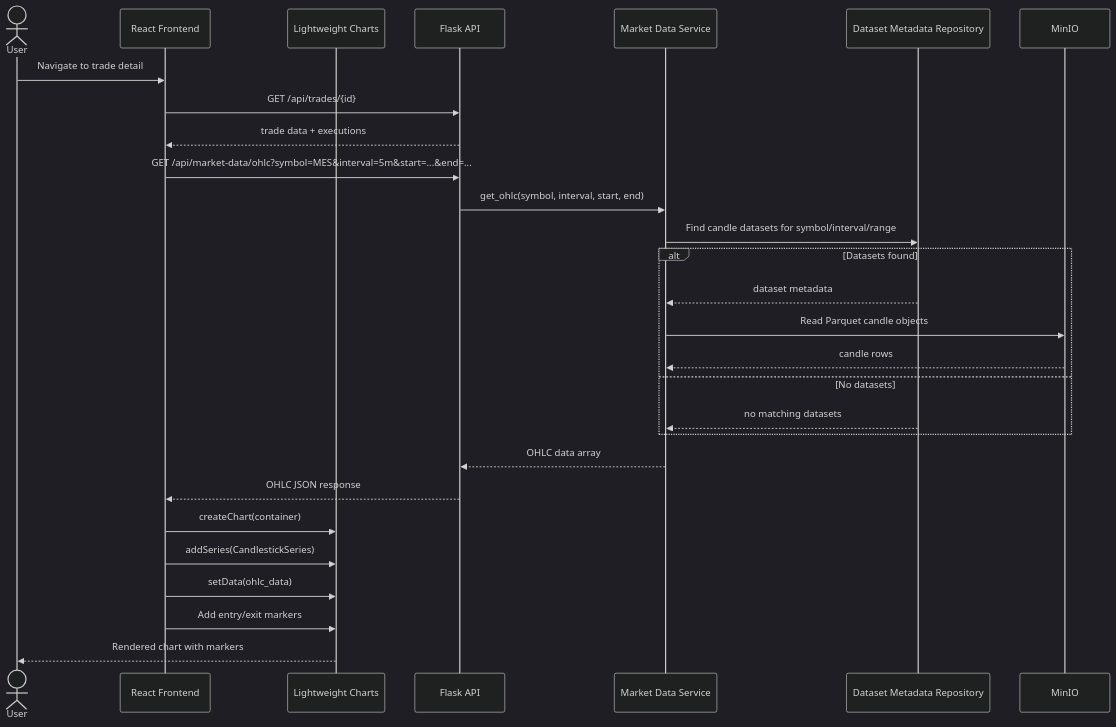
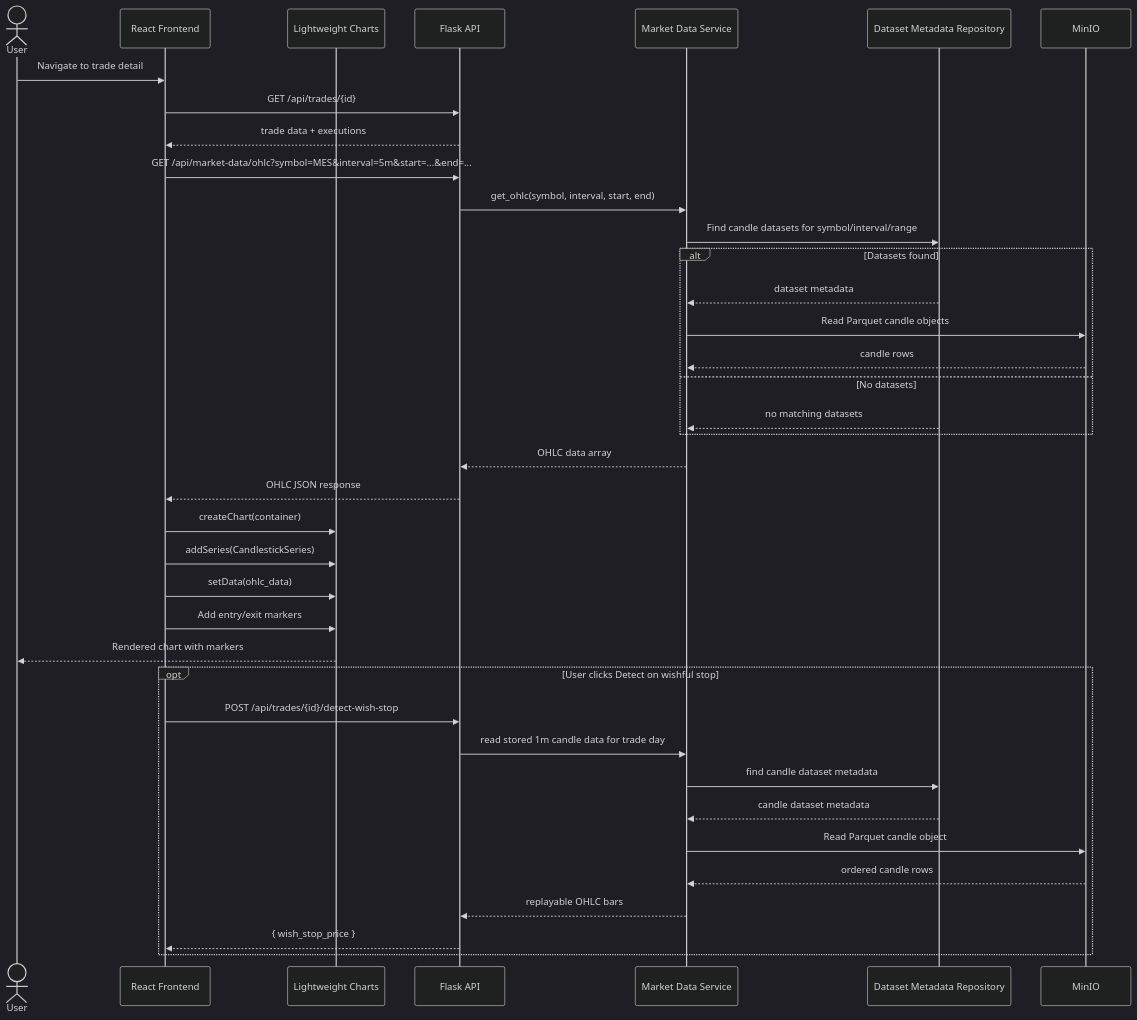
The tenth of 12 diagrams in docs/architecture/architecture.md (diridevelops/JanusEdge), drawn with Mermaid (dark theme) before and after one commit. The commit also changed other lines of this file and 9 other files, not shown here.

Commit message:
feat: add wishful stop detection with 1-minute OHLC data

````diff
--- a/docs/architecture/architecture.md
+++ b/docs/architecture/architecture.md
@@ -446,35 +446,46 @@
 ```mermaid
 sequenceDiagram
 	actor User
 	participant FE as React Frontend
 	participant Chart as Lightweight Charts
 	participant API as Flask API
 	participant MDS as Market Data Service
 	participant Repo as Dataset Metadata Repository
 	participant MinIO as MinIO
 
 	User->>FE: Navigate to trade detail
 	FE->>API: GET /api/trades/{id}
 	API-->>FE: trade data + executions
     
 	FE->>API: GET /api/market-data/ohlc?symbol=MES&interval=5m&start=...&end=...
 	API->>MDS: get_ohlc(symbol, interval, start, end)
 	MDS->>Repo: Find candle datasets for symbol/interval/range
     
 	alt Datasets found
 		Repo-->>MDS: dataset metadata
 		MDS->>MinIO: Read Parquet candle objects
 		MinIO-->>MDS: candle rows
 	else No datasets
 		Repo-->>MDS: no matching datasets
 	end
     
 	MDS-->>API: OHLC data array
 	API-->>FE: OHLC JSON response
-    
+     
 	FE->>Chart: createChart(container)
 	FE->>Chart: addSeries(CandlestickSeries)
 	FE->>Chart: setData(ohlc_data)
 	FE->>Chart: Add entry/exit markers
 	Chart-->>User: Rendered chart with markers
+
+	opt User clicks Detect on wishful stop
+		FE->>API: POST /api/trades/{id}/detect-wish-stop
+		API->>MDS: read stored 1m candle data for trade day
+		MDS->>Repo: find candle dataset metadata
+		Repo-->>MDS: candle dataset metadata
+		MDS->>MinIO: Read Parquet candle object
+		MinIO-->>MDS: ordered candle rows
+		MDS-->>API: replayable OHLC bars
+		API-->>FE: { wish_stop_price }
+	end
 ```
````
